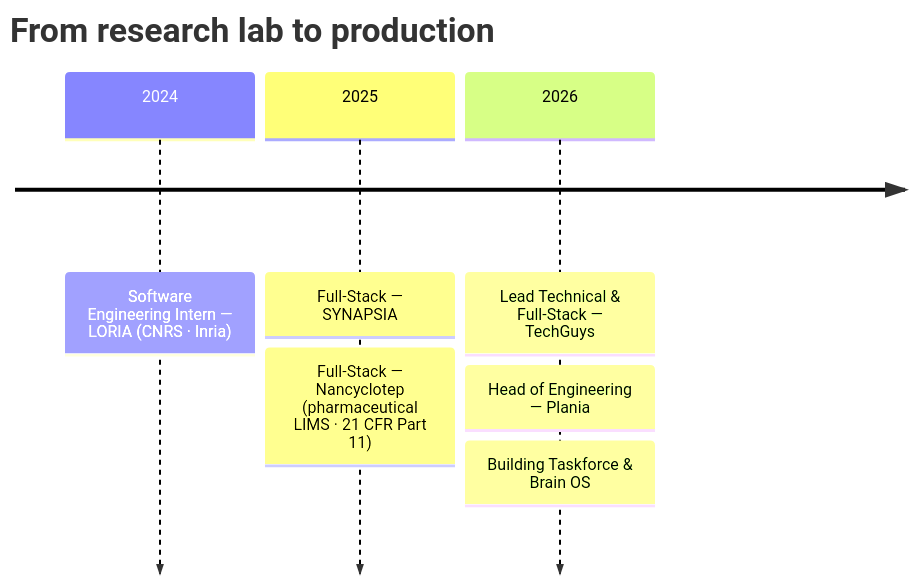
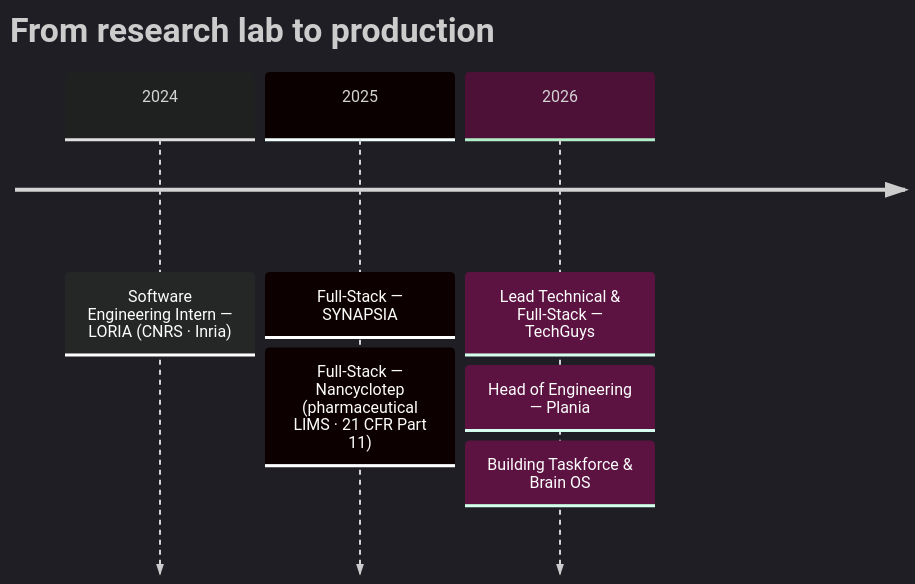
The diagram in README.md (Miche1-Pierre/Miche1-Pierre), drawn with Mermaid before and after one commit. The commit also changed other lines of this file and 3 other files, not shown here.

````diff
--- a/README.md
+++ b/README.md
@@ -41,10 +23,11 @@
 ```mermaid
+%%{init: {'theme':'dark'}}%%
 timeline
     title From research lab to production
     2024 : Software Engineering Intern — LORIA (CNRS · Inria)
     2025 : Full-Stack — SYNAPSIA
          : Full-Stack — Nancyclotep (pharmaceutical LIMS · 21 CFR Part 11)
     2026 : Lead Technical & Full-Stack — TechGuys
          : Head of Engineering — Plania
          : Building Taskforce & Brain OS
 ```
````
